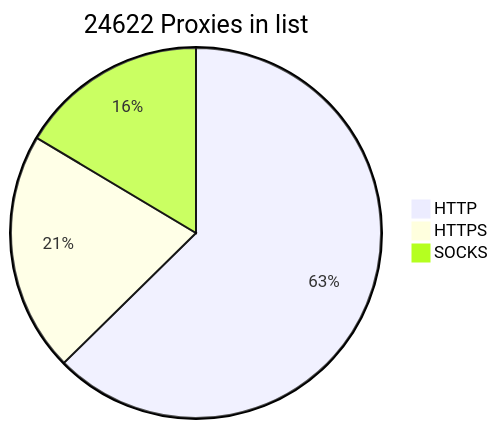
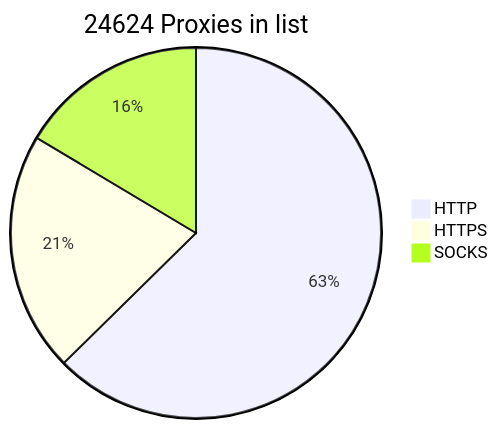
The diagram in README.md (BlackSnowDot/proxylist-update-every-minute), drawn with Mermaid before and after one commit.

````diff
--- a/README.md
+++ b/README.md
@@ -2,6 +2,6 @@
 ```mermaid
-pie title 24622 Proxies in list
-    "HTTP" : 17821
-    "HTTPS": 5957
+pie title 24624 Proxies in list
+    "HTTP" : 17822
+    "HTTPS": 5958
     "SOCKS" : 4674
 ```
````
